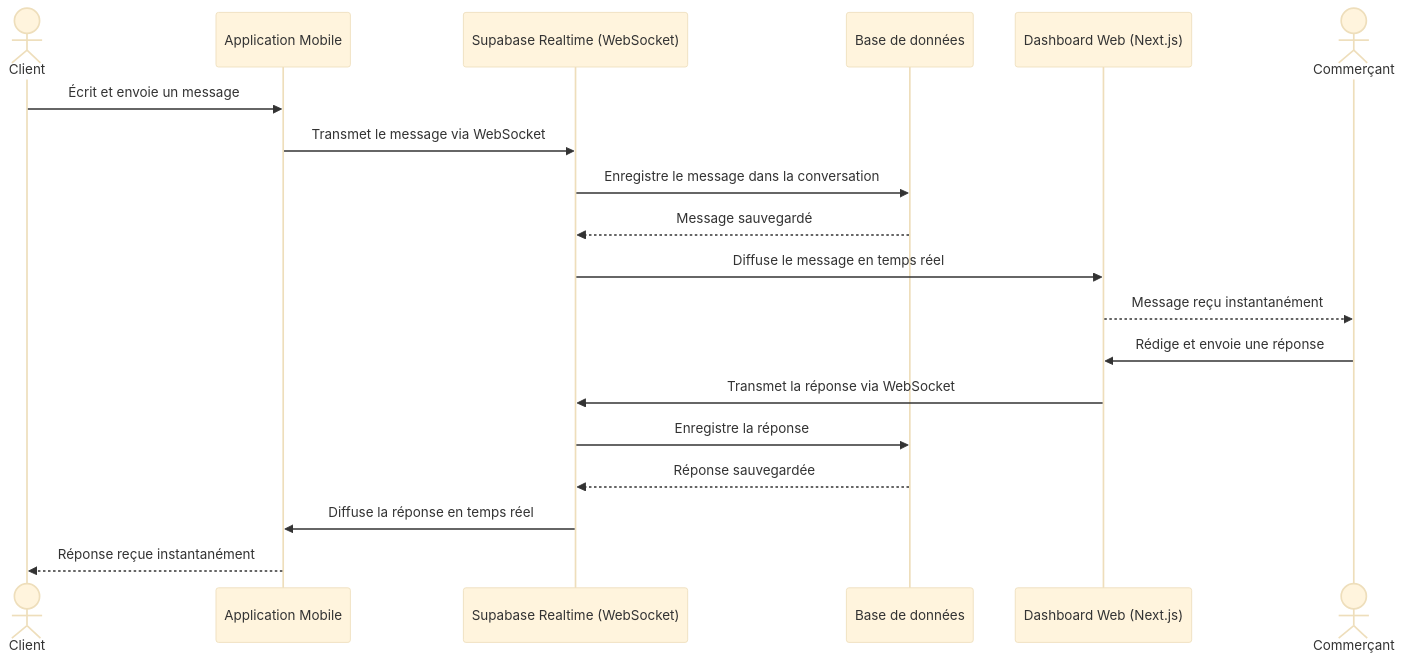
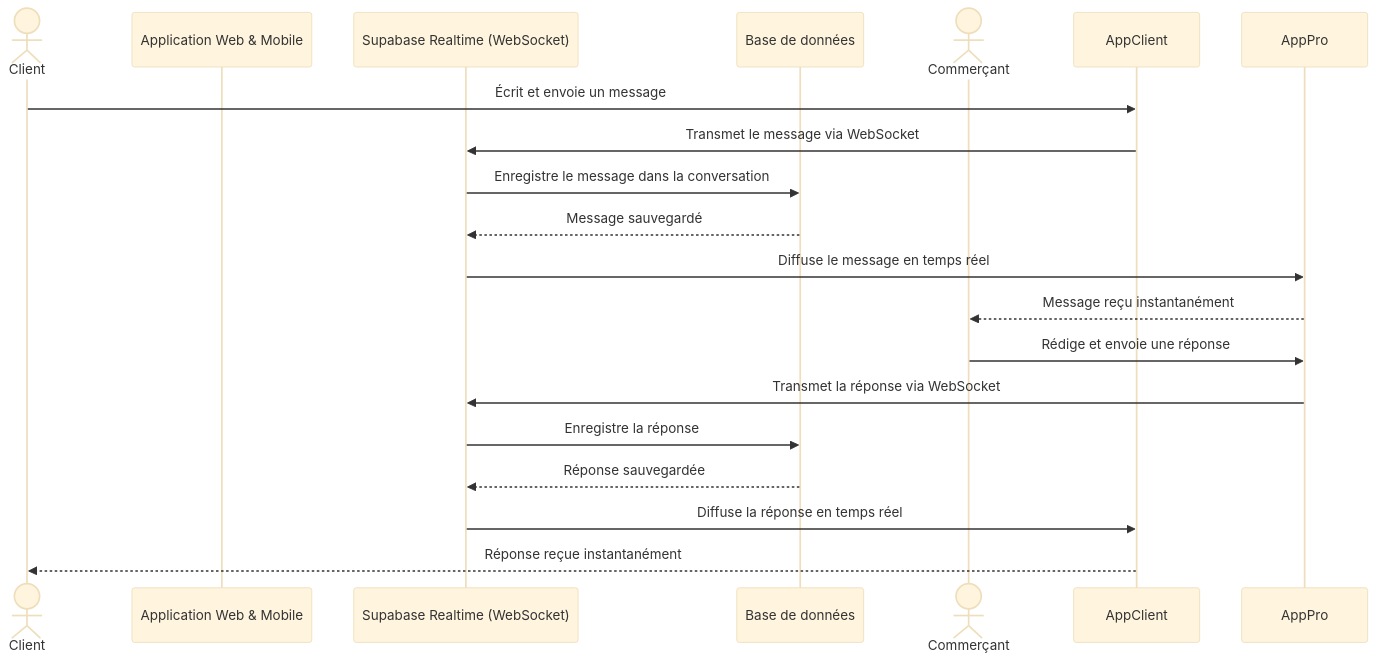
Before and after one commit to Abderrahmen1111/private-PFE-repos: diagram 19 of 22 in CHAPITRE3_CONCEPTION.md, drawn with Mermaid (base theme). The commit also changed other lines of this file and 2 other files, not shown here.

Commit message:
docs: adapt sequence diagrams to Web/Mobile apps and Django SaaS Admin

````diff
--- a/CHAPITRE3_CONCEPTION.md
+++ b/CHAPITRE3_CONCEPTION.md
@@ -946,22 +948,22 @@
 ```mermaid
 sequenceDiagram
     actor Client
-    participant AppClient as Application Mobile
+    participant App as Application Web & Mobile
     participant Supabase as Supabase Realtime (WebSocket)
     participant BD as Base de données
-    participant AppPro as Dashboard Web (Next.js)
+    participant App as Application Web & Mobile
     actor Commerçant
 
     Client->>AppClient: Écrit et envoie un message
     AppClient->>Supabase: Transmet le message via WebSocket
     Supabase->>BD: Enregistre le message dans la conversation
     BD-->>Supabase: Message sauvegardé
     Supabase->>AppPro: Diffuse le message en temps réel
     AppPro-->>Commerçant: Message reçu instantanément
     Commerçant->>AppPro: Rédige et envoie une réponse
     AppPro->>Supabase: Transmet la réponse via WebSocket
     Supabase->>BD: Enregistre la réponse
     BD-->>Supabase: Réponse sauvegardée
     Supabase->>AppClient: Diffuse la réponse en temps réel
     AppClient-->>Client: Réponse reçue instantanément
 ```
````
